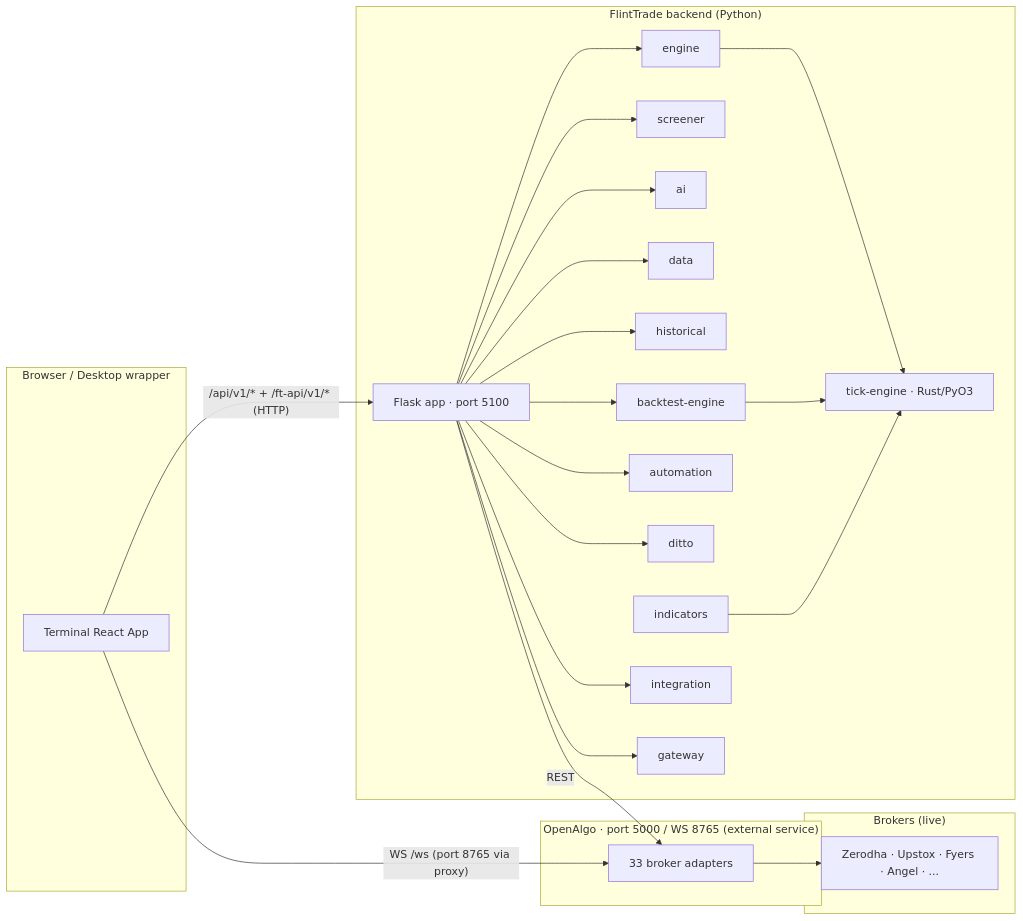
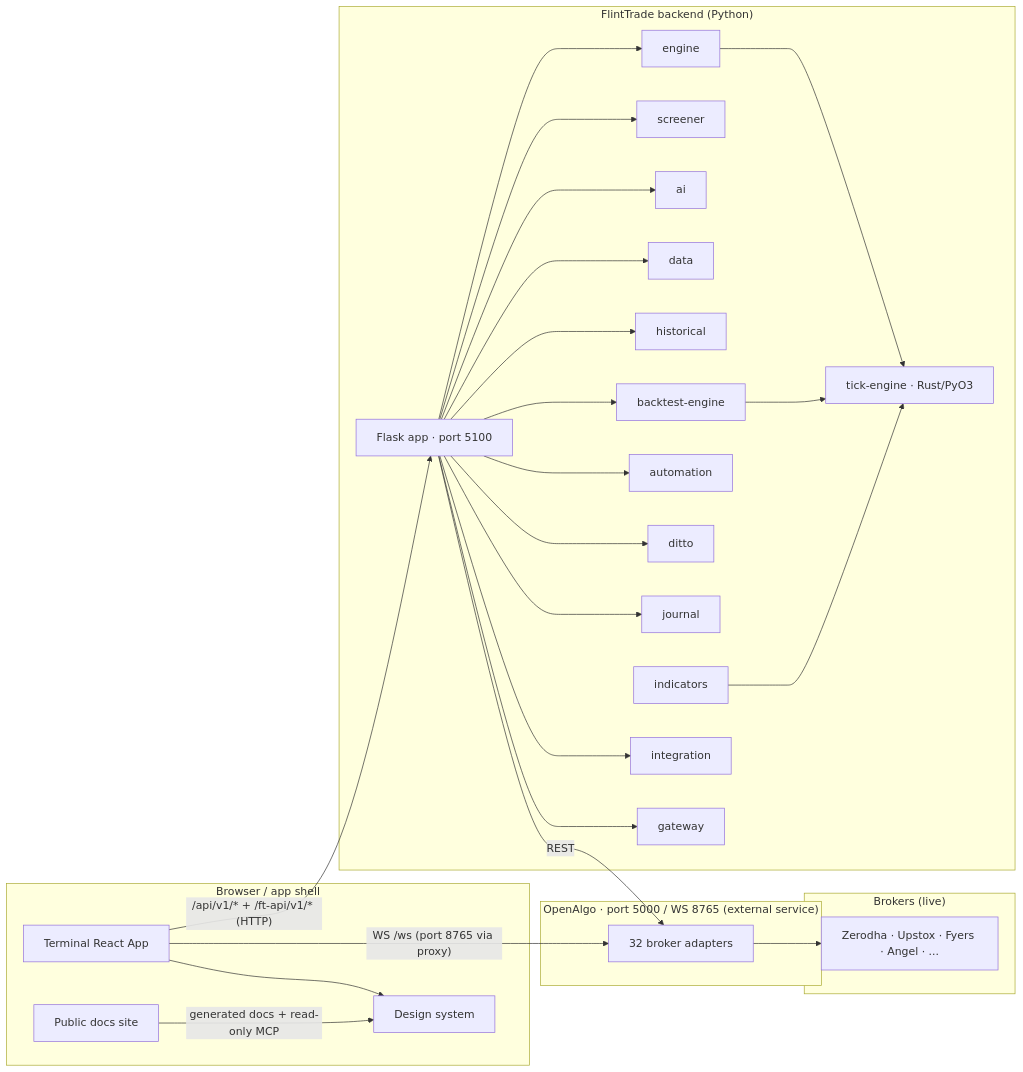
One commit to navaneeshnagarajan/FlintTrade changed the first of 5 diagrams in docs/ARCHITECTURE.md. Above: the diagram before and after it, drawn with Mermaid. The commit also changed other lines of this file and 215 other files, not shown here.

````diff
--- a/docs/ARCHITECTURE.md
+++ b/docs/ARCHITECTURE.md
@@ -16,48 +16,54 @@
 ```mermaid
 flowchart LR
-    subgraph Browser["Browser / Desktop wrapper"]
+    subgraph Browser["Browser / app shell"]
         T[Terminal React App]
+        SITE[Public docs site]
+        DS[Design system]
     end
 
     subgraph Backend["FlintTrade backend (Python)"]
         F[Flask app · port 5100]
         E[engine]
         S[screener]
         AI[ai]
         D[data]
         H[historical]
         BT[backtest-engine]
         AUT[automation]
         DIT[ditto]
+        JNL[journal]
         IND[indicators]
         ING[integration]
         GW[gateway]
         TICK[tick-engine · Rust/PyO3]
     end
 
     subgraph OpenAlgo["OpenAlgo · port 5000 / WS 8765 (external service)"]
-        OA[33 broker adapters]
+        OA[32 broker adapters]
     end
 
     subgraph Brokers["Brokers (live)"]
         B1[Zerodha · Upstox · Fyers · Angel · ...]
     end
 
     T -- "/api/v1/* + /ft-api/v1/* (HTTP)" --> F
     T -- "WS /ws (port 8765 via proxy)" --> OA
+    SITE -- "generated docs + read-only MCP" --> DS
+    T --> DS
     F --> E
     F --> S
     F --> AI
     F --> D
     F --> H
     F --> BT
     F --> AUT
     F --> DIT
+    F --> JNL
     F --> ING
     F --> GW
     E --> TICK
     BT --> TICK
     IND --> TICK
     F -- "REST" --> OA
     OA --> B1
 ```
````
